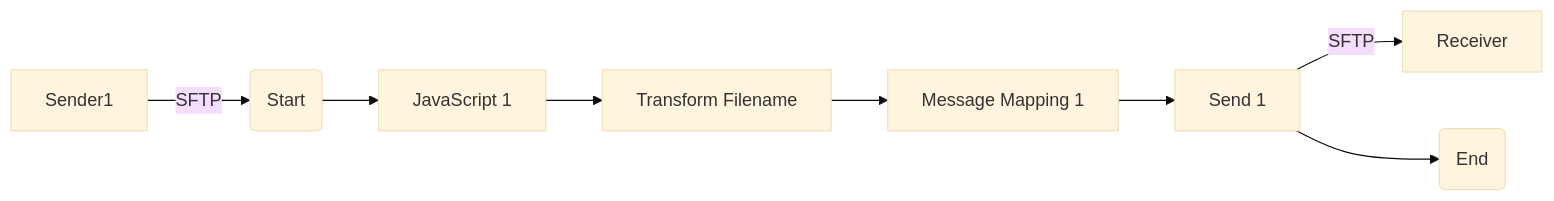
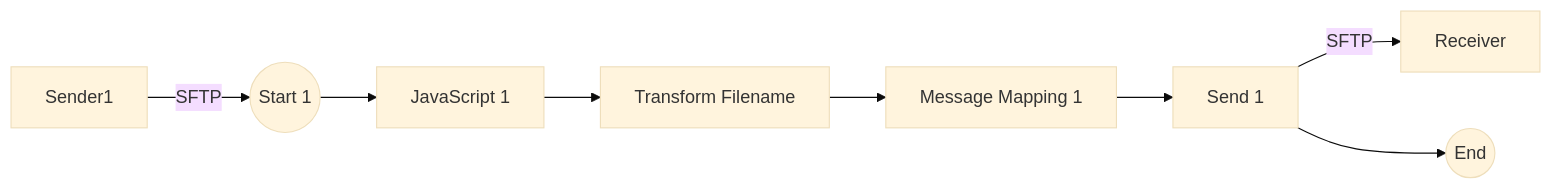
The diagram in REPSOL - SFTP IFLOWS/Connectivity_test_UK2_SFTP_copy/1.0.1/readme.md (Avvale-IA-CICD/AvvaleCPI), drawn with Mermaid (base theme) before and after one commit. The commit also changed other lines of this file, not shown here.

Commit message:
docs: Add/update version README for REPSOL - SFTP IFLOWS/Connectivity_test_UK2_SFTP_copy/1.0.1

````diff
--- a/REPSOL - SFTP IFLOWS/Connectivity_test_UK2_SFTP_copy/1.0.1/readme.md
+++ b/REPSOL - SFTP IFLOWS/Connectivity_test_UK2_SFTP_copy/1.0.1/readme.md
@@ -4,11 +4,10 @@
 ```mermaid
 graph LR
-    Participant_21[Sender1]
-    Participant_21 -- SFTP --> StartEvent_22(Start)
-    StartEvent_22 --> CallActivity_30[JavaScript 1]
-    CallActivity_30 --> CallActivity_25[Transform Filename]
-    CallActivity_25 --> CallActivity_27[Message Mapping 1]
-    CallActivity_27 --> ServiceTask_16[Send 1]
-    ServiceTask_16 -- SFTP --> Participant_2[Receiver]
-    ServiceTask_16 --> EndEvent_2(End)
+    Participant_21[Sender1] -- SFTP --> StartEvent_22((Start 1))
+    StartEvent_22((Start 1)) --> CallActivity_30[JavaScript 1]
+    CallActivity_30[JavaScript 1] --> CallActivity_25[Transform Filename]
+    CallActivity_25[Transform Filename] --> CallActivity_27[Message Mapping 1]
+    CallActivity_27[Message Mapping 1] --> ServiceTask_16[Send 1]
+    ServiceTask_16[Send 1] -- SFTP --> Participant_2[Receiver]
+    ServiceTask_16[Send 1] --> EndEvent_2((End))
 ```
````
